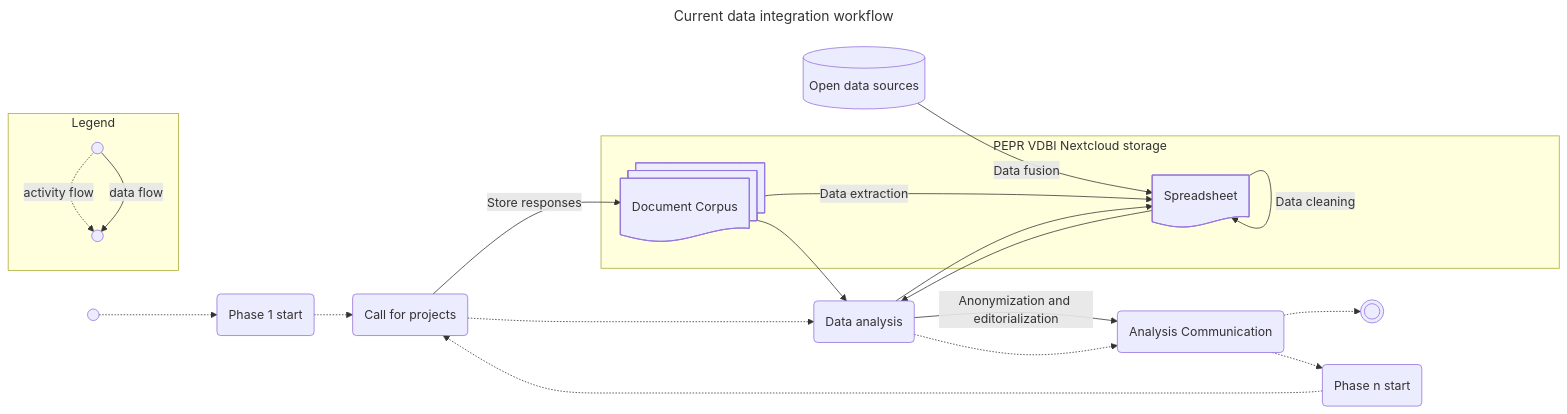
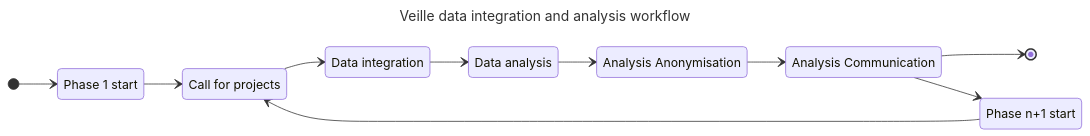
Before and after one commit to VCityTeam/PEPR-VDBI: the first of 2 diagrams in data-visualization/src/index.md, drawn with Mermaid. The commit also changed other lines of this file and 2 other files, not shown here.

Commit message:
update schemas

````diff
--- a/data-visualization/src/index.md
+++ b/data-visualization/src/index.md
@@ -64,33 +64,28 @@
 ```mermaid
 ---
-title: Current data integration workflow
+title: Veille data integration and analysis workflow
 config:
   theme: default
 ---
-flowchart LR
-  Start(( )) -.-> ZZ(Phase 1 start)
-  ZZ -.-> Call(Call for projects)
-  F[(Open data sources)] -->|Data fusion| DB
-  DA -->|Anonymization and editorialization| AC(Analysis Communication)
-  Call -.-> DA(Data analysis)
-  DA -.-> AC
-  AC -.-> End((( )))
-  AC -.-> P(Phase n start)
-  P -.-> Call
-  Call -->|Store responses| DC
-  DC -->|Data extraction| DB
-  DB -->|Data cleaning| DB
-  DB --> DA
-  DA --> DB
-  DC --> DA
+stateDiagram-v2
 
-  subgraph PEPR VDBI Nextcloud storage
-    DC@{ shape: docs, label: "Document Corpus"}
-    DB@{ shape: doc, label: "Spreadsheet"}
-  end
+  direction LR
 
-  subgraph Legend
-    a(( )) -.->|activity flow| b(( ))
-    a(( )) -->|data flow| b(( ))
-  end
+  [*] --> ZZ
+  ZZ --> Call
+  Call --> DI
+  DI --> DA
+  DA --> AA
+  AA --> AC
+  AC --> [*]
+  AC --> P
+  P --> Call
+
+  ZZ : Phase 1 start
+  Call : Call for projects
+  DI : Data integration
+  DA : Data analysis
+  AA : Analysis Anonymisation
+  AC : Analysis Communication
+  P : Phase n+1 start
 ```
````
